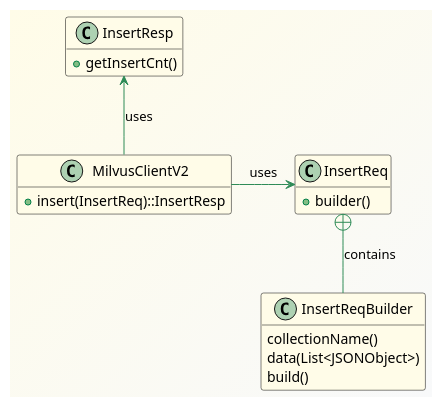
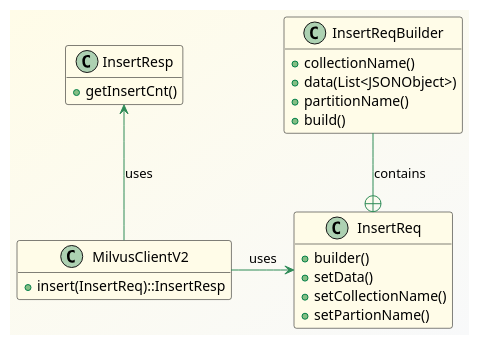
One commit to eugenp/tutorials changed the diagram in vector-db/milvus/src/main/resources/insert-collection-cld.puml. Above: the diagram before and after it, drawn with PlantUML.

Commit message:
Bael-6208, Introduction to Milvus

```diff
--- a/vector-db/milvus/src/main/resources/insert-collection-cld.puml
+++ b/vector-db/milvus/src/main/resources/insert-collection-cld.puml
@@ -1,33 +1,37 @@
 @startuml
 'https://plantuml.com/class-diagram
 hide empty attributes
 skinparam Handwritten false
 skinparam ClassBorderColor black
 skinparam BackgroundColor #fffce8/#f8f9fa
 skinparam class {
  ArrowColor SeaGreen
  BackgroundColor #fffce8
 }
 
 class MilvusClientV2 {
    +insert(InsertReq)::InsertResp
 }
 
 class InsertReq {
    +builder()
+   +setData()
+   +setCollectionName()
+   +setPartionName()
 }
 
 class InsertResp {
    +getInsertCnt()
 }
 
 class InsertReqBuilder {
-   collectionName()
-   data(List<JSONObject>)
-   build()
+   +collectionName()
+   +data(List<JSONObject>)
+   +partitionName()
+   +build()
 }
 
-InsertReqBuilder -up-+ InsertReq: contains
+InsertReqBuilder -down-+ InsertReq: contains
 MilvusClientV2 -right-> InsertReq: uses
 MilvusClientV2 -up-> InsertResp: uses
 @enduml
```
